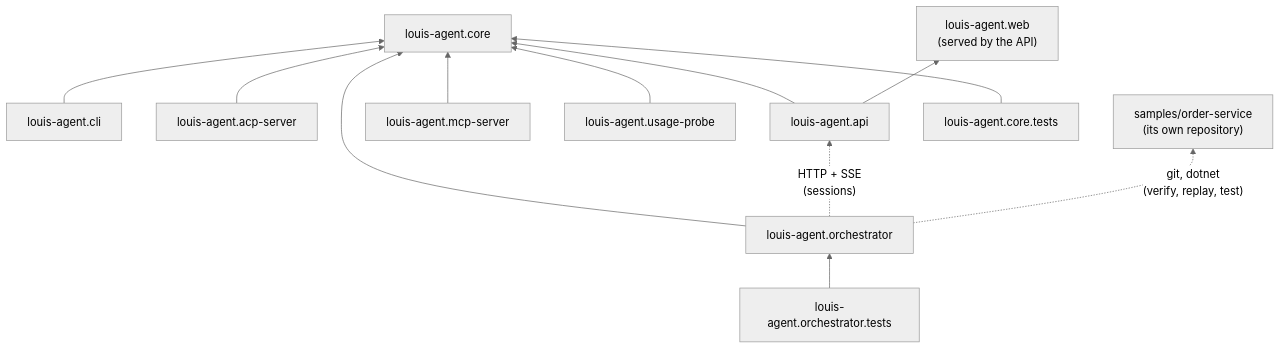
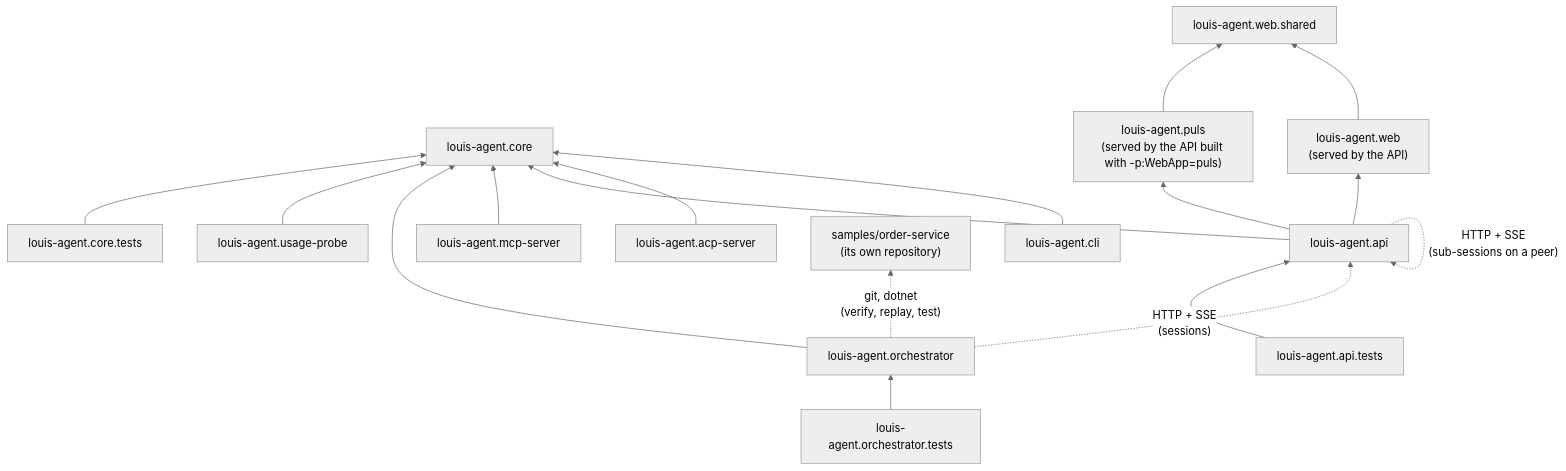
Before and after one commit to bosbevk/louis-agent: the diagram in docs/projects/README.md, drawn with Mermaid (neutral theme). The commit also changed other lines of this file and 5 other files, not shown here.

First line of the commit message:
Docs: Puls in the indexes, the shared web library, the F5 plan, the write-up's measurements

````diff
--- a/docs/projects/README.md
+++ b/docs/projects/README.md
@@ -25,15 +26,20 @@
 ```mermaid
 flowchart BT
     Core["louis-agent.core"]
     CLI["louis-agent.cli"] --> Core
     ACP["louis-agent.acp-server"] --> Core
     API["louis-agent.api"] --> Core
     API --> Web["louis-agent.web<br/>(served by the API)"]
+    API --> Puls["louis-agent.puls<br/>(served by the API built with -p:WebApp=puls)"]
+    Web --> Shared["louis-agent.web.shared"]
+    Puls --> Shared
+    API -. "HTTP + SSE<br/>(sub-sessions on a peer)" .-> API
     MCP["louis-agent.mcp-server"] --> Core
     Orch["louis-agent.orchestrator"] --> Core
     Probe["louis-agent.usage-probe"] --> Core
     Orch -. "HTTP + SSE<br/>(sessions)" .-> API
     Orch -. "git, dotnet<br/>(verify, replay, test)" .-> Svc["samples/order-service<br/>(its own repository)"]
     CoreTests["louis-agent.core.tests"] --> Core
     OrchTests["louis-agent.orchestrator.tests"] --> Orch
+    ApiTests["louis-agent.api.tests"] --> API
 ```
````
